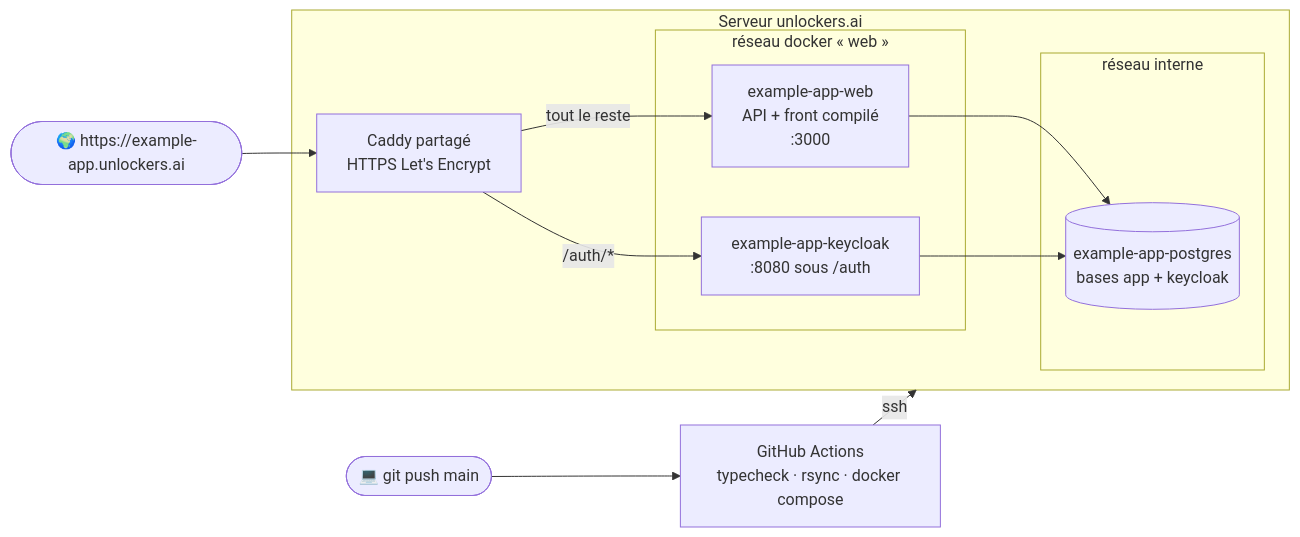
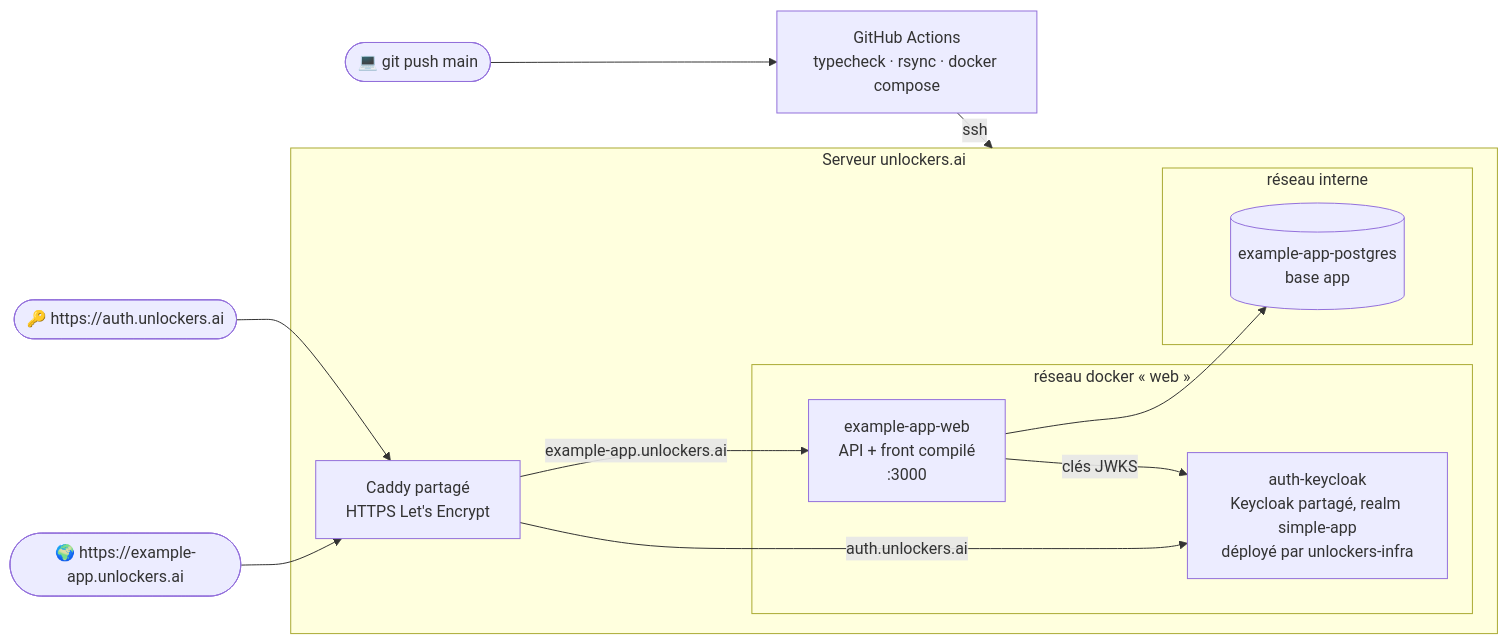
The fifth of 5 diagrams in docs/architecture.md (unlockers-ai/simple-app-example), drawn with Mermaid before and after one commit. The commit also changed other lines of this file and 6 other files, not shown here.

First line of the commit message:
Log in through the shared Keycloak at auth.unlockers.ai

````diff
--- a/docs/architecture.md
+++ b/docs/architecture.md
@@ -101,25 +102,26 @@
 ```mermaid
 flowchart LR
     dev([💻 git push main]) --> gha[GitHub Actions<br/>typecheck · rsync · docker compose]
     gha -- ssh --> server
 
     internet(["🌍 https://example-app.unlockers.ai"]) --> caddy
+    login(["🔑 https://auth.unlockers.ai"]) --> caddy
 
     subgraph server [Serveur unlockers.ai]
         caddy[Caddy partagé<br/>HTTPS Let's Encrypt]
 
         subgraph web [réseau docker « web »]
             webapp[example-app-web<br/>API + front compilé<br/>:3000]
-            kc[example-app-keycloak<br/>:8080 sous /auth]
+            kc[auth-keycloak<br/>Keycloak partagé, realm simple-app<br/>déployé par unlockers-infra]
         end
 
         subgraph internal [réseau interne]
-            pg[(example-app-postgres<br/>bases app + keycloak)]
+            pg[(example-app-postgres<br/>base app)]
         end
 
-        caddy -- "/auth/*" --> kc
-        caddy -- "tout le reste" --> webapp
+        caddy -- "example-app.unlockers.ai" --> webapp
+        caddy -- "auth.unlockers.ai" --> kc
+        webapp -- "clés JWKS" --> kc
         webapp --> pg
-        kc --> pg
     end
 ```
````
